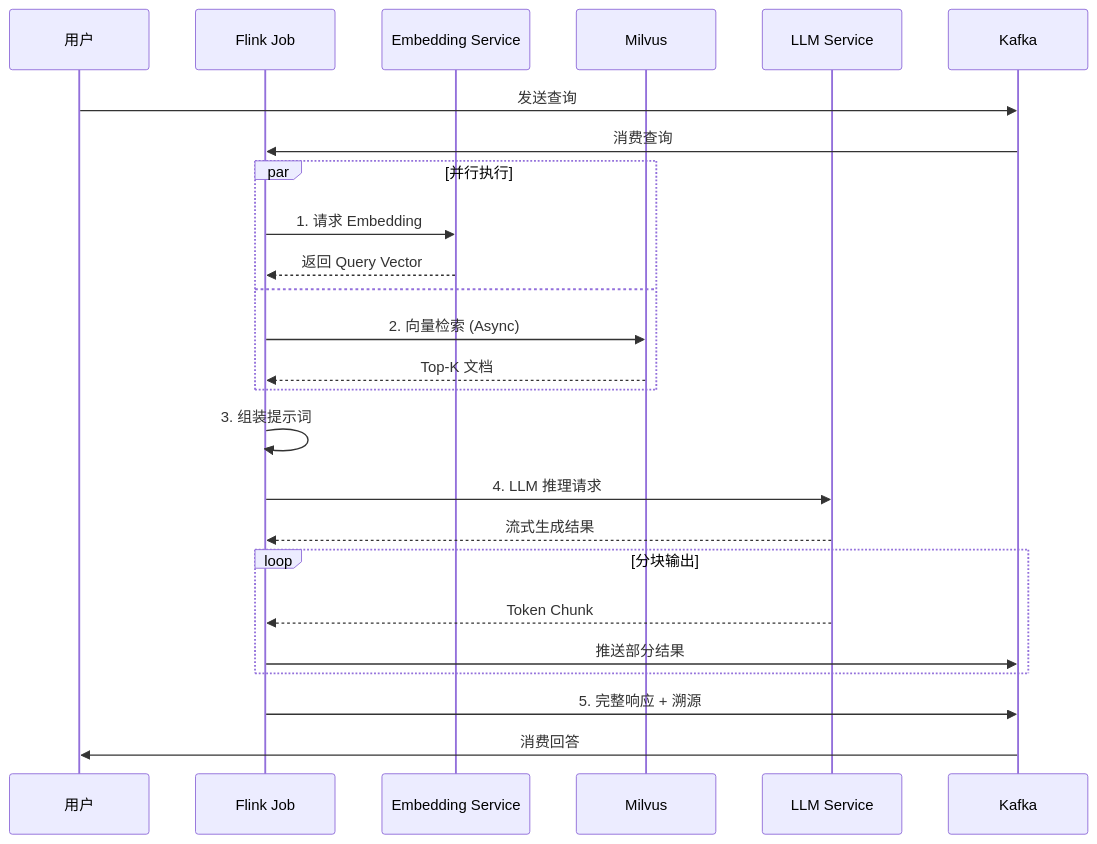
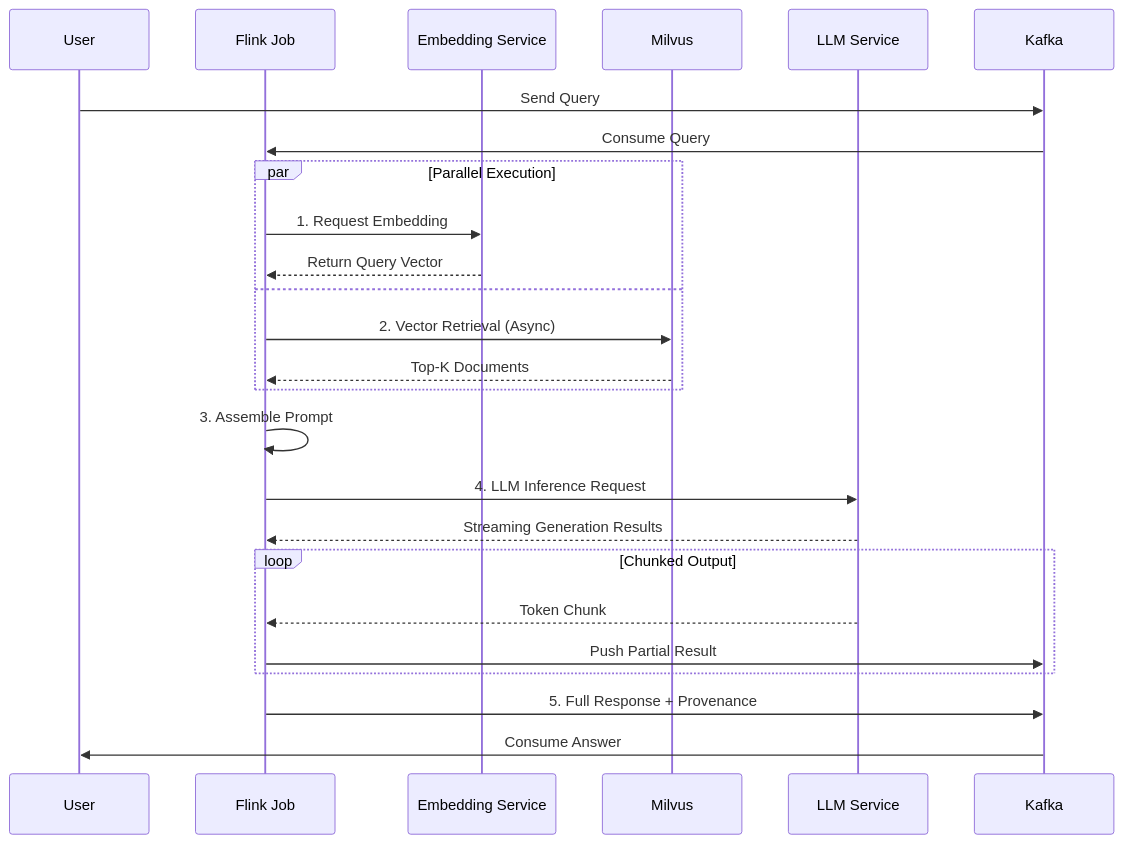
The fourth of 6 diagrams in Flink/12-ai-ml/rag-streaming-architecture.md (AdaMartin18010/AnalysisDataFlow), drawn with Mermaid before and after one commit. The commit also changed other lines of this file and 20 other files, not shown here.

````diff
--- a/Flink/12-ai-ml/rag-streaming-architecture.md
+++ b/Flink/12-ai-ml/rag-streaming-architecture.md
@@ -1037,33 +1039,33 @@
 ```mermaid
 sequenceDiagram
-    participant U as 用户
+    participant U as User
     participant F as Flink Job
     participant E as Embedding Service
     participant M as Milvus
     participant L as LLM Service
     participant K as Kafka
 
-    U->>K: 发送查询
-    K->>F: 消费查询
+    U->>K: Send Query
+    K->>F: Consume Query
 
-    par 并行执行
-        F->>E: 1. 请求 Embedding
-        E-->>F: 返回 Query Vector
+    par Parallel Execution
+        F->>E: 1. Request Embedding
+        E-->>F: Return Query Vector
     and
-        F->>M: 2. 向量检索 (Async)
-        M-->>F: Top-K 文档
+        F->>M: 2. Vector Retrieval (Async)
+        M-->>F: Top-K Documents
     end
 
-    F->>F: 3. 组装提示词
+    F->>F: 3. Assemble Prompt
 
-    F->>L: 4. LLM 推理请求
-    L-->>F: 流式生成结果
+    F->>L: 4. LLM Inference Request
+    L-->>F: Streaming Generation Results
 
-    loop 分块输出
+    loop Chunked Output
         L-->>F: Token Chunk
-        F->>K: 推送部分结果
+        F->>K: Push Partial Result
     end
 
-    F->>K: 5. 完整响应 + 溯源
-    K->>U: 消费回答
+    F->>K: 5. Full Response + Provenance
+    K->>U: Consume Answer
 ```
````
